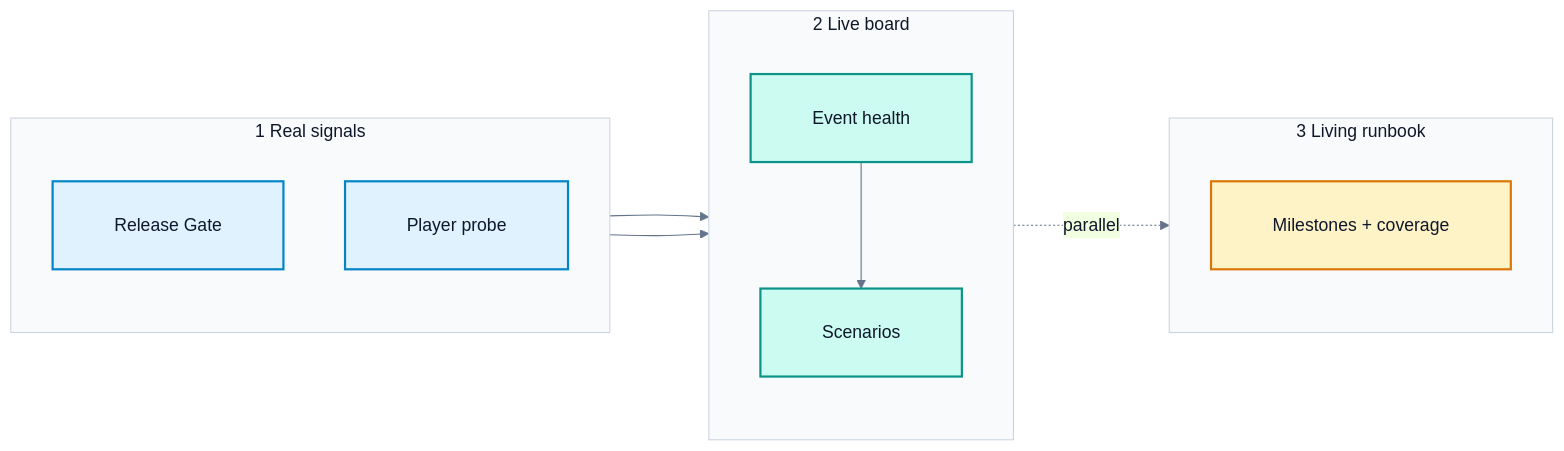
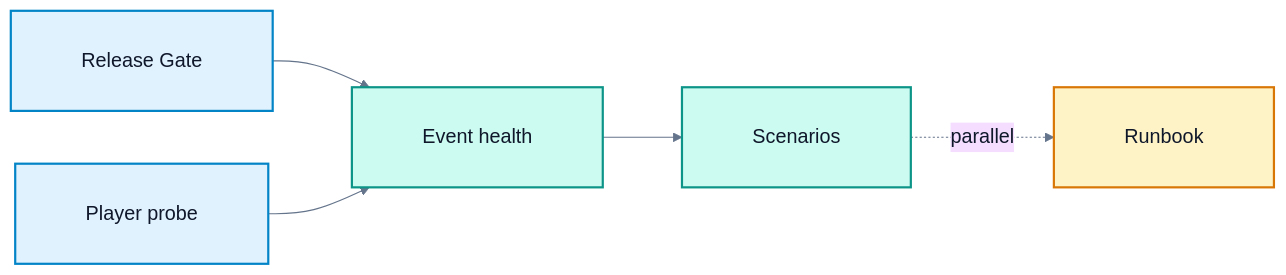
Before and after one commit to ramonacraft/live-event-war-room: the diagram in README.md, drawn with Mermaid. The commit also changed other lines of this file, not shown here.

Commit message:
Fix Mermaid clipping by removing nested subgraph boxes.
GitHub was cutting subgraph titles and node text; use a flatter flow plus a legend table.

````diff
--- a/README.md
+++ b/README.md
@@ -9,54 +9,37 @@
 ```mermaid
 %%{init: {
   "theme": "base",
   "flowchart": {
     "curve": "basis",
-    "padding": 28,
-    "nodeSpacing": 56,
-    "rankSpacing": 90
+    "padding": 32,
+    "nodeSpacing": 48,
+    "rankSpacing": 72
   },
   "themeVariables": {
-    "fontSize": "16px",
+    "fontSize": "18px",
     "fontFamily": "ui-sans-serif, system-ui, sans-serif",
-    "primaryColor": "#E0F2FE",
     "primaryTextColor": "#0F172A",
-    "primaryBorderColor": "#0284C7",
     "lineColor": "#64748B",
-    "textColor": "#0F172A",
-    "mainBkg": "#F8FAFC",
-    "clusterBkg": "#F8FAFC",
-    "clusterBorder": "#CBD5E1",
-    "titleColor": "#0F172A"
+    "textColor": "#0F172A"
   }
 }}%%
 flowchart LR
-  subgraph REAL["1  Real signals"]
-    direction TB
-    Gate["Release Gate"]
-    Probe["Player probe"]
-  end
-
-  subgraph BOARD["2  Live board"]
-    direction TB
-    View["Event health"]
-    Scene["Scenarios"]
-  end
-
-  subgraph BOOK["3  Living runbook"]
-    direction TB
-    Plan["Milestones + coverage"]
-  end
+  Gate["Release Gate   "]
+  Probe["Player probe   "]
+  View["Event health   "]
+  Scene["Scenarios   "]
+  Plan["Runbook   "]
 
   Gate --> View
   Probe --> View
   View --> Scene
-  BOARD -. parallel .-> BOOK
+  Scene -. parallel .-> Plan
 
   classDef signal fill:#E0F2FE,stroke:#0284C7,stroke-width:2px,color:#0F172A
   classDef board fill:#CCFBF1,stroke:#0D9488,stroke-width:2px,color:#0F172A
   classDef runbook fill:#FEF3C7,stroke:#D97706,stroke-width:2px,color:#0F172A
 
   class Gate,Probe signal
   class View,Scene board
   class Plan runbook
 ```
````
